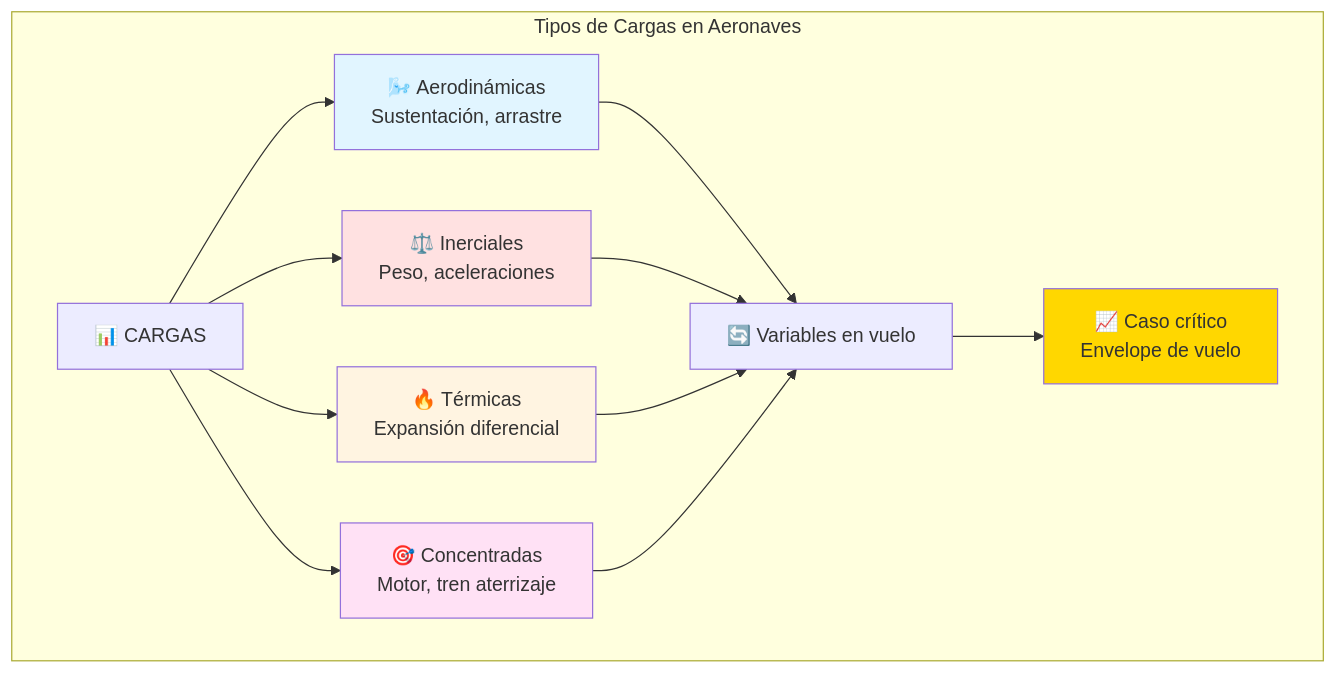
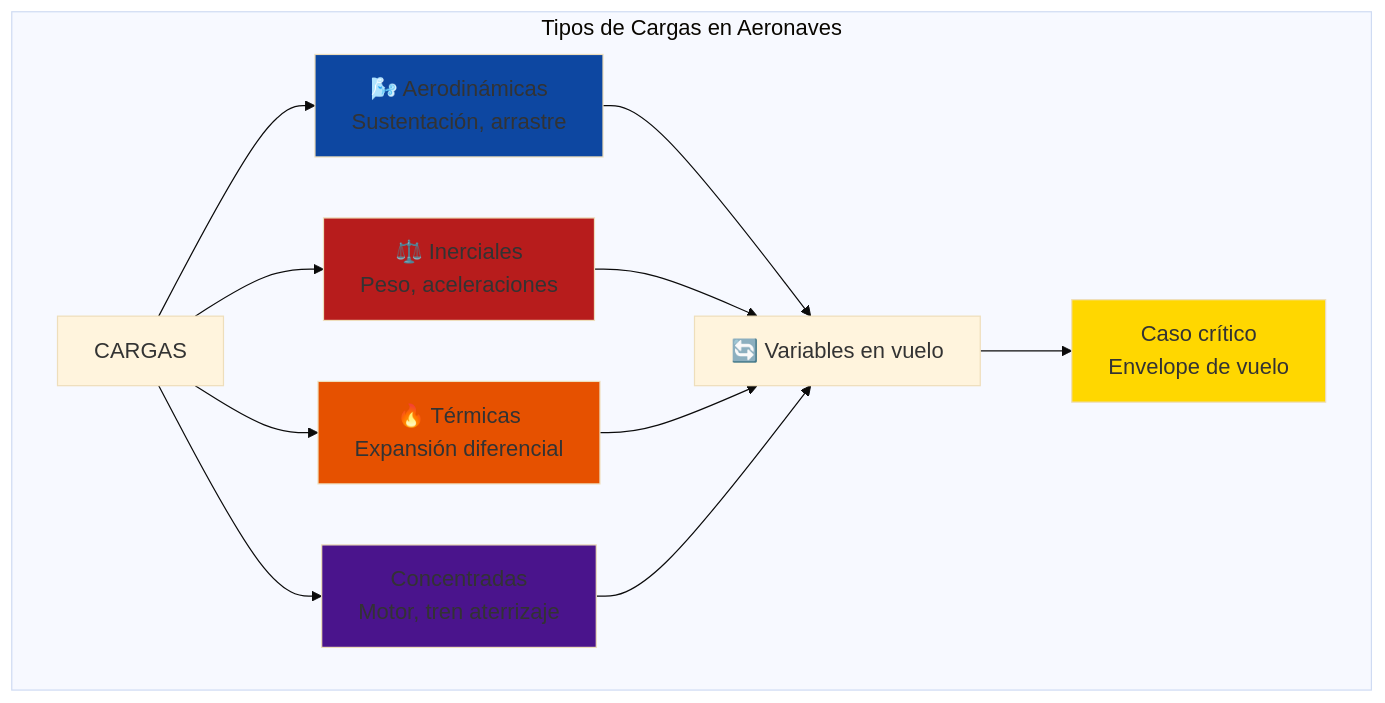
One commit to Ai-Whisperers/Courses-Content changed the seventh of 18 diagrams in courses/🟡-development/FPUNA-2026/03-INGENIERIA-AERONAUTICA/03-estructuras-materiales.md. Above: the diagram before and after it, drawn with Mermaid. The commit also changed other lines of this file and 47 other files, not shown here.

First line of the commit message:
fix: Make all 473 diagrams WCAG AAA accessible (FPUNA-2026)

````diff
--- a/courses/🟡-development/FPUNA-2026/03-INGENIERIA-AERONAUTICA/03-estructuras-materiales.md
+++ b/courses/🟡-development/FPUNA-2026/03-INGENIERIA-AERONAUTICA/03-estructuras-materiales.md
@@ -431,24 +437,25 @@
 ```mermaid
+%%{init: {'theme':'base', 'themeVariables': {'fontSize':'18px'}}}%%
 graph TD
     subgraph "Tipos de Cargas en Aeronaves"
-        A[📊 CARGAS]
+        A[CARGAS]
         
         A --> B[🌬️ Aerodinámicas<br/>Sustentación, arrastre]
         A --> C[⚖️ Inerciales<br/>Peso, aceleraciones]
         A --> D[🔥 Térmicas<br/>Expansión diferencial]
-        A --> E[🎯 Concentradas<br/>Motor, tren aterrizaje]
+        A --> E[Concentradas<br/>Motor, tren aterrizaje]
         
         B --> F[🔄 Variables en vuelo]
         C --> F
         D --> F
         E --> F
         
-        F --> G[📈 Caso crítico<br/>Envelope de vuelo]
+        F --> G[Caso crítico<br/>Envelope de vuelo]
     end
     
-    style B fill:#E1F5FF
-    style C fill:#FFE1E1
-    style D fill:#FFF4E1
-    style E fill:#FFE1F5
+    style B fill:#0d47a1
+    style C fill:#b71c1c
+    style D fill:#e65100
+    style E fill:#4a148c
     style G fill:#FFD700
 ```
````
